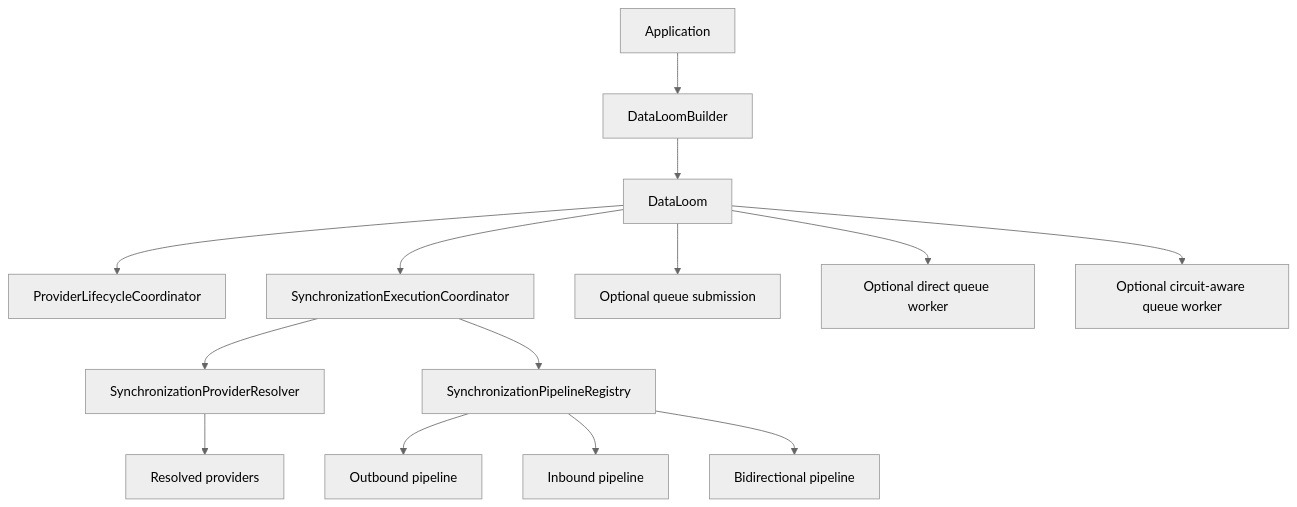
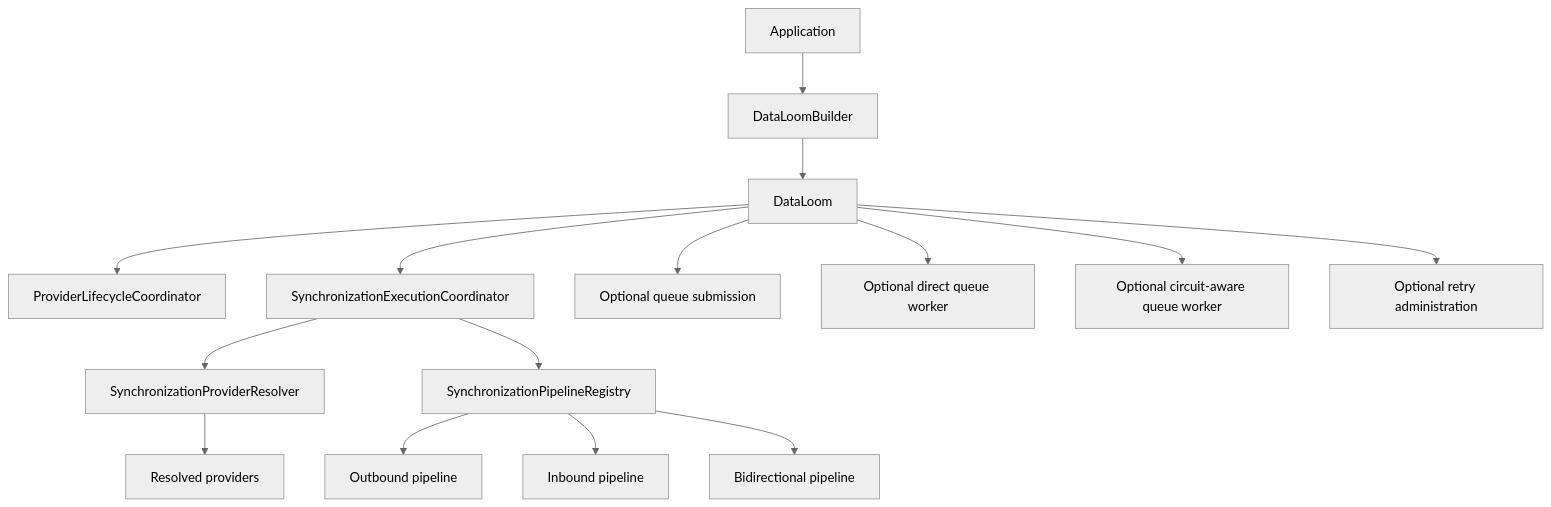
Before and after one commit to dataloom-sdk/dataloom: the diagram in docs/api/dataloom-facade.md, drawn with Mermaid (neutral theme). The commit also changed other lines of this file and 13 other files, not shown here.

First line of the commit message:
DL-040: assemble retry administration facade (#152)

````diff
--- a/docs/api/dataloom-facade.md
+++ b/docs/api/dataloom-facade.md
@@ -19,16 +19,17 @@
 ```mermaid
 flowchart TB
     App[Application] --> Builder[DataLoomBuilder]
     Builder --> Facade[DataLoom]
     Facade --> Lifecycle[ProviderLifecycleCoordinator]
     Facade --> Execution[SynchronizationExecutionCoordinator]
     Facade --> Submission[Optional queue submission]
     Facade --> Worker[Optional direct queue worker]
     Facade --> CircuitWorker[Optional circuit-aware queue worker]
+    Facade --> Administration[Optional retry administration]
     Execution --> Resolver[SynchronizationProviderResolver]
     Execution --> Registry[SynchronizationPipelineRegistry]
     Resolver --> Providers[Resolved providers]
     Registry --> Push[Outbound pipeline]
     Registry --> Pull[Inbound pipeline]
     Registry --> Both[Bidirectional pipeline]
 ```
````
